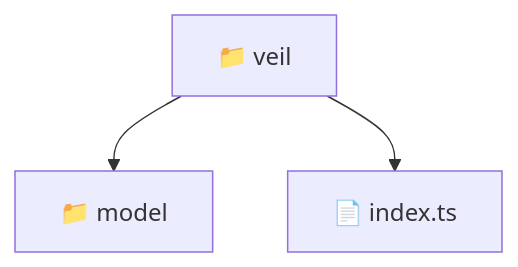
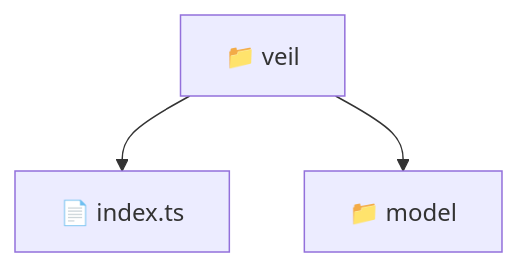
Before and after one commit to beginwebdev2002/fullstack-mavluda: the diagram in frontend/src/features/veil/README.md, drawn with Mermaid. The commit also changed other lines of this file and 164 other files, not shown here.

First line of the commit message:
docs: generate comprehensive architectural READMEs recursively

````diff
--- a/frontend/src/features/veil/README.md
+++ b/frontend/src/features/veil/README.md
@@ -11,6 +11,6 @@
 ```mermaid
 graph TD
-  Root["📁 veil"]
-  Root --> model["📁 model"]
-  Root --> index_ts["📄 index.ts"]
+  Root_veil["📁 veil"]
+  Root_veil --> f_index_ts["📄 index.ts"]
+  Root_veil --> d_model["📁 model"]
 ```
````
